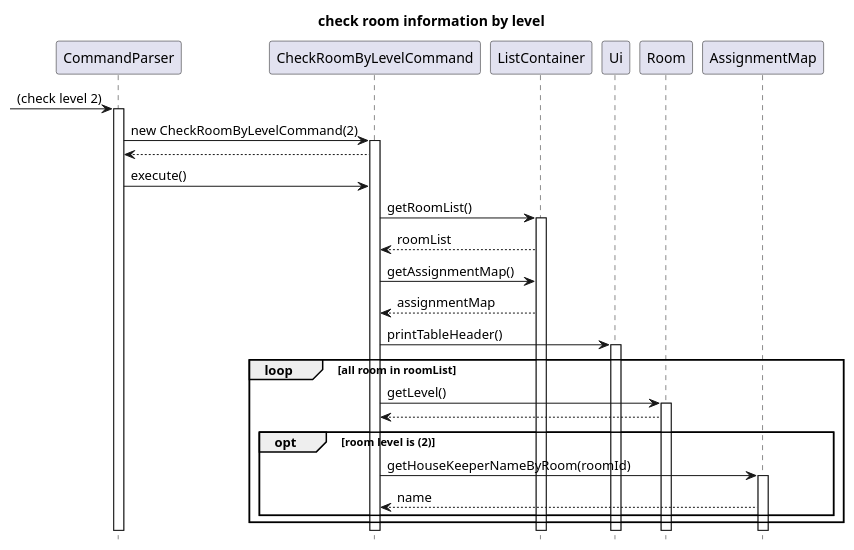
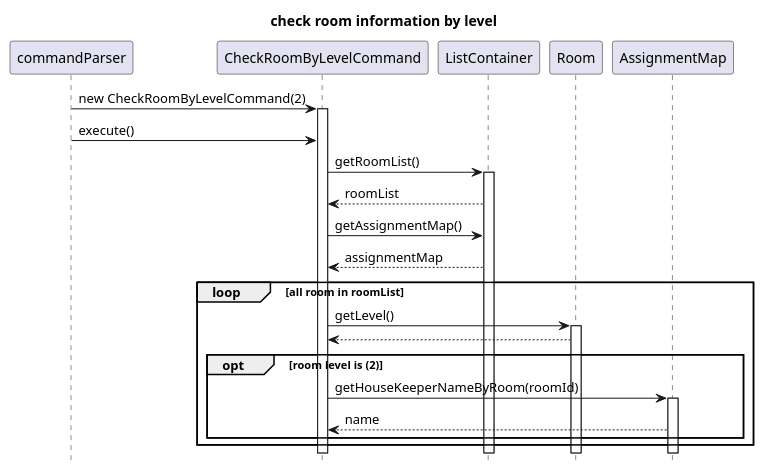
One commit to nus-cs2113-AY2122S2/tp changed the diagram in docs/team/xunyi_checkroombylevelcommand_uml/XunyiZeng_checkRoomByLevel_Sequence.puml. Above: the diagram before and after it, drawn with PlantUML. The commit also changed 43 other files, not shown here.

```diff
--- a/docs/team/xunyi_checkroombylevelcommand_uml/XunyiZeng_checkRoomByLevel_Sequence.puml
+++ b/docs/team/xunyi_checkroombylevelcommand_uml/XunyiZeng_checkRoomByLevel_Sequence.puml
@@ -1,28 +1,23 @@
 @startuml
 'https://plantuml.com/sequence-diagram
 title check room information by level
 hide footbox
--> CommandParser: (check level 2)
-activate CommandParser
-CommandParser -> CheckRoomByLevelCommand: new CheckRoomByLevelCommand(2)
+commandParser -> CheckRoomByLevelCommand: new CheckRoomByLevelCommand(2)
 activate CheckRoomByLevelCommand
-CheckRoomByLevelCommand --> CommandParser
-CommandParser -> CheckRoomByLevelCommand: execute()
+commandParser -> CheckRoomByLevelCommand: execute()
 CheckRoomByLevelCommand -> ListContainer: getRoomList()
 activate ListContainer
 ListContainer --> CheckRoomByLevelCommand: roomList
 CheckRoomByLevelCommand -> ListContainer: getAssignmentMap()
 ListContainer --> CheckRoomByLevelCommand: assignmentMap
-CheckRoomByLevelCommand -> Ui: printTableHeader()
-activate Ui
 loop all room in roomList
     CheckRoomByLevelCommand -> Room: getLevel()
     activate Room
     Room --> CheckRoomByLevelCommand
     opt room level is (2)
     CheckRoomByLevelCommand -> AssignmentMap: getHouseKeeperNameByRoom(roomId)
     activate AssignmentMap
     AssignmentMap --> CheckRoomByLevelCommand: name
     end
 end
 @enduml
```
